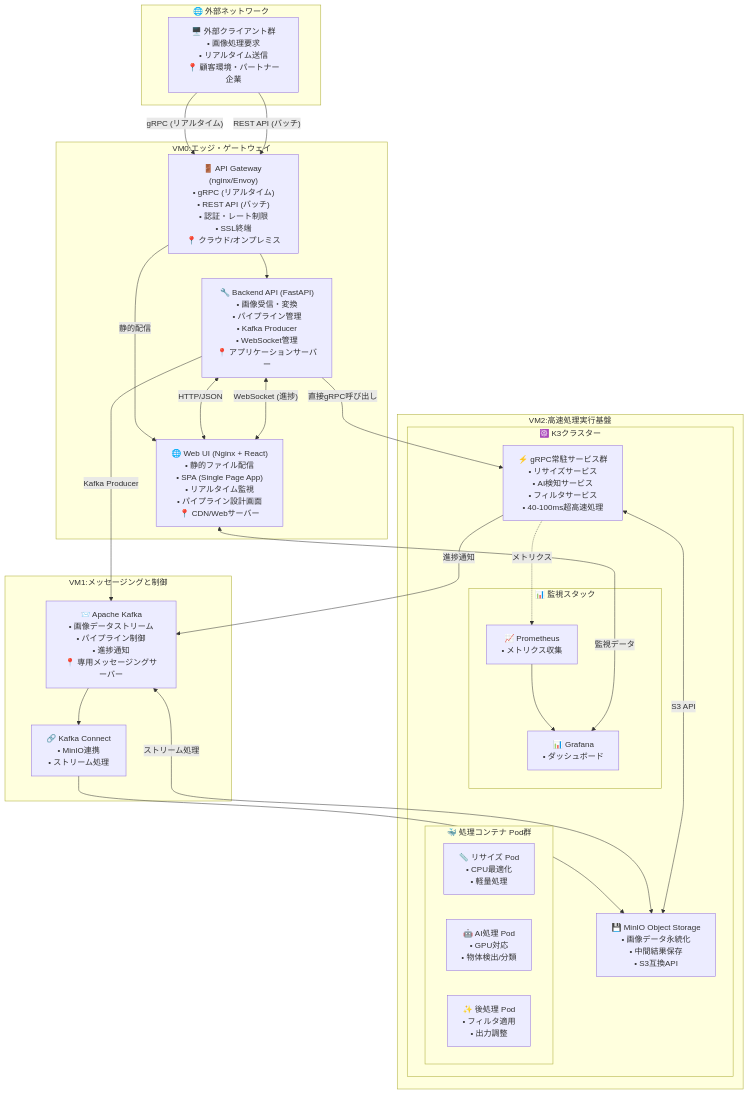
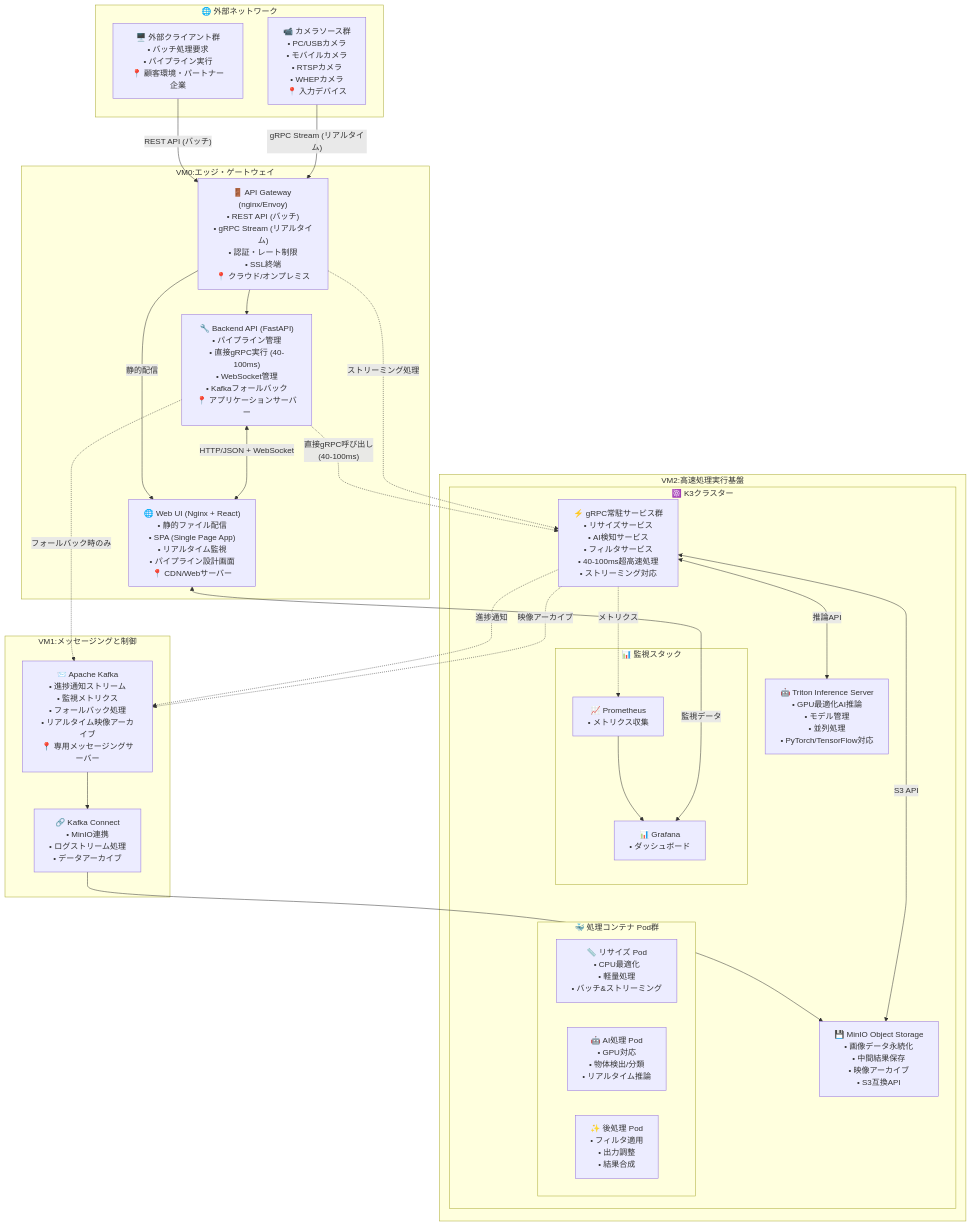
Before and after one commit to daichiTAAA/ImageFlowCanvas: the first of 6 diagrams in docs/0300_設計_アプローチ1/0302_アーキテクチャ設計.md, drawn with Mermaid. The commit also changed other lines of this file and 21 other files, not shown here.

````diff
--- a/docs/0300_設計_アプローチ1/0302_アーキテクチャ設計.md
+++ b/docs/0300_設計_アプローチ1/0302_アーキテクチャ設計.md
@@ -21,66 +21,74 @@
 ```mermaid
 graph TD
     %% 外部ネットワーク層
     subgraph External["🌐 外部ネットワーク"]
-        ExternalClients["🖥️ 外部クライアント群<br/>• 画像処理要求<br/>• リアルタイム送信<br/>📍 顧客環境・パートナー企業"]
+        ExternalClients["🖥️ 外部クライアント群<br/>• バッチ処理要求<br/>• パイプライン実行<br/>📍 顧客環境・パートナー企業"]
+        CameraSources["📹 カメラソース群<br/>• PC/USBカメラ<br/>• モバイルカメラ<br/>• RTSPカメラ<br/>• WHEPカメラ<br/>📍 入力デバイス"]
     end
     
     %% クラウド/エッジ層 (VM0)
     subgraph VM0["VM0:エッジ・ゲートウェイ"]
-        APIGateway["🚪 API Gateway (nginx/Envoy)<br/>• gRPC (リアルタイム)<br/>• REST API (バッチ)<br/>• 認証・レート制限<br/>• SSL終端<br/>📍 クラウド/オンプレミス"]
+        APIGateway["🚪 API Gateway (nginx/Envoy)<br/>• REST API (バッチ)<br/>• gRPC Stream (リアルタイム)<br/>• 認証・レート制限<br/>• SSL終端<br/>📍 クラウド/オンプレミス"]
         
-        BackendAPI["🔧 Backend API (FastAPI)<br/>• 画像受信・変換<br/>• パイプライン管理<br/>• Kafka Producer<br/>• WebSocket管理<br/>📍 アプリケーションサーバー"]
+        BackendAPI["🔧 Backend API (FastAPI)<br/>• パイプライン管理<br/>• 直接gRPC実行 (40-100ms)<br/>• WebSocket管理<br/>• Kafkaフォールバック<br/>📍 アプリケーションサーバー"]
         
         WebUI["🌐 Web UI (Nginx + React)<br/>• 静的ファイル配信<br/>• SPA (Single Page App)<br/>• リアルタイム監視<br/>• パイプライン設計画面<br/>📍 CDN/Webサーバー"]
     end
     
     %% メッセージング層 (VM1)
     subgraph VM1["VM1:メッセージングと制御"]
-        Kafka["📨 Apache Kafka<br/>• 画像データストリーム<br/>• パイプライン制御<br/>• 進捗通知<br/>📍 専用メッセージングサーバー"]
-        KafkaConnect["🔗 Kafka Connect<br/>• MinIO連携<br/>• ストリーム処理"]
+        Kafka["📨 Apache Kafka<br/>• 進捗通知ストリーム<br/>• 監視メトリクス<br/>• フォールバック処理<br/>• リアルタイム映像アーカイブ<br/>📍 専用メッセージングサーバー"]
+        KafkaConnect["🔗 Kafka Connect<br/>• MinIO連携<br/>• ログストリーム処理<br/>• データアーカイブ"]
     end
     
     %% 処理実行層 (VM2)
     subgraph VM2["VM2:高速処理実行基盤"]
         subgraph K3s["☸️ K3クラスター"]
-            gRPCServices["⚡ gRPC常駐サービス群<br/>• リサイズサービス<br/>• AI検知サービス<br/>• フィルタサービス<br/>• 40-100ms超高速処理"]
+            gRPCServices["⚡ gRPC常駐サービス群<br/>• リサイズサービス<br/>• AI検知サービス<br/>• フィルタサービス<br/>• 40-100ms超高速処理<br/>• ストリーミング対応"]
             
-            MinIO["💾 MinIO Object Storage<br/>• 画像データ永続化<br/>• 中間結果保存<br/>• S3互換API"]
+            MinIO["💾 MinIO Object Storage<br/>• 画像データ永続化<br/>• 中間結果保存<br/>• 映像アーカイブ<br/>• S3互換API"]
+            
+            TritonServer["🤖 Triton Inference Server<br/>• GPU最適化AI推論<br/>• モデル管理<br/>• 並列処理<br/>• PyTorch/TensorFlow対応"]
             
             subgraph ProcessingPods["🐳 処理コンテナ Pod群"]
-                PodResize["📏 リサイズ Pod<br/>• CPU最適化<br/>• 軽量処理"]
-                PodAI["🤖 AI処理 Pod<br/>• GPU対応<br/>• 物体検出/分類"]
-                PodPost["✨ 後処理 Pod<br/>• フィルタ適用<br/>• 出力調整"]
+                PodResize["📏 リサイズ Pod<br/>• CPU最適化<br/>• 軽量処理<br/>• バッチ&ストリーミング"]
+                PodAI["🤖 AI処理 Pod<br/>• GPU対応<br/>• 物体検出/分類<br/>• リアルタイム推論"]
+                PodPost["✨ 後処理 Pod<br/>• フィルタ適用<br/>• 出力調整<br/>• 結果合成"]
             end
             
             subgraph MonitoringStack["📊 監視スタック"]
                 Prometheus["📈 Prometheus<br/>• メトリクス収集"]
                 Grafana["📊 Grafana<br/>• ダッシュボード"]
             end
         end
     end
     
-    %% 接続関係（プロトコル最適化）
-    ExternalClients -->|"gRPC (リアルタイム)"| APIGateway
+    %% バッチ処理フロー（メイン）
     ExternalClients -->|"REST API (バッチ)"| APIGateway
     APIGateway --> BackendAPI
     APIGateway -->|"静的配信"| WebUI
+    BackendAPI -.->|"直接gRPC呼び出し<br/>(40-100ms)"| gRPCServices
     
-    BackendAPI -->|"Kafka Producer"| Kafka
-    BackendAPI <-->|"HTTP/JSON"| WebUI
-    BackendAPI <-->|"WebSocket (進捗)"| WebUI
+    %% リアルタイム処理フロー
+    CameraSources -->|"gRPC Stream (リアルタイム)"| APIGateway
+    APIGateway -.->|"ストリーミング処理"| gRPCServices
     
+    %% 共通処理
+    BackendAPI <-->|"HTTP/JSON + WebSocket"| WebUI
+    
+    %% 監視・通知（Kafka）
+    BackendAPI -.->|"フォールバック時のみ"| Kafka
+    gRPCServices -.->|"進捗通知"| Kafka
+    gRPCServices -.->|"映像アーカイブ"| Kafka
     Kafka --> KafkaConnect
     KafkaConnect --> MinIO
-    Kafka <-->|"ストリーム処理"| MinIO
     
-    BackendAPI -->|"直接gRPC呼び出し"| gRPCServices
+    %% ストレージアクセス
+    gRPCServices <-->|"S3 API"| MinIO
+    gRPCServices <-->|"推論API"| TritonServer
     
-    gRPCServices <-->|"S3 API"| MinIO
-    
-    gRPCServices -->|"進捗通知"| Kafka
-    
+    %% 監視
     gRPCServices -.->|"メトリクス"| Prometheus
     Prometheus --> Grafana
     WebUI <-->|"監視データ"| Grafana
 ```
````
